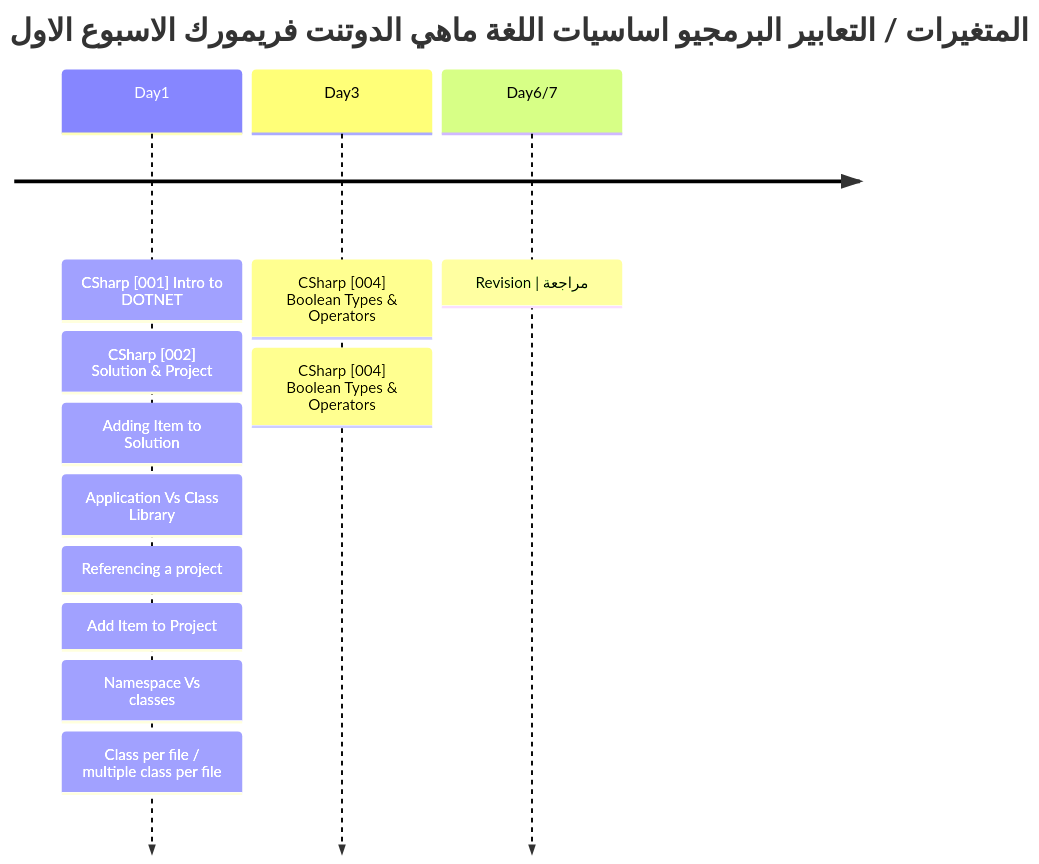
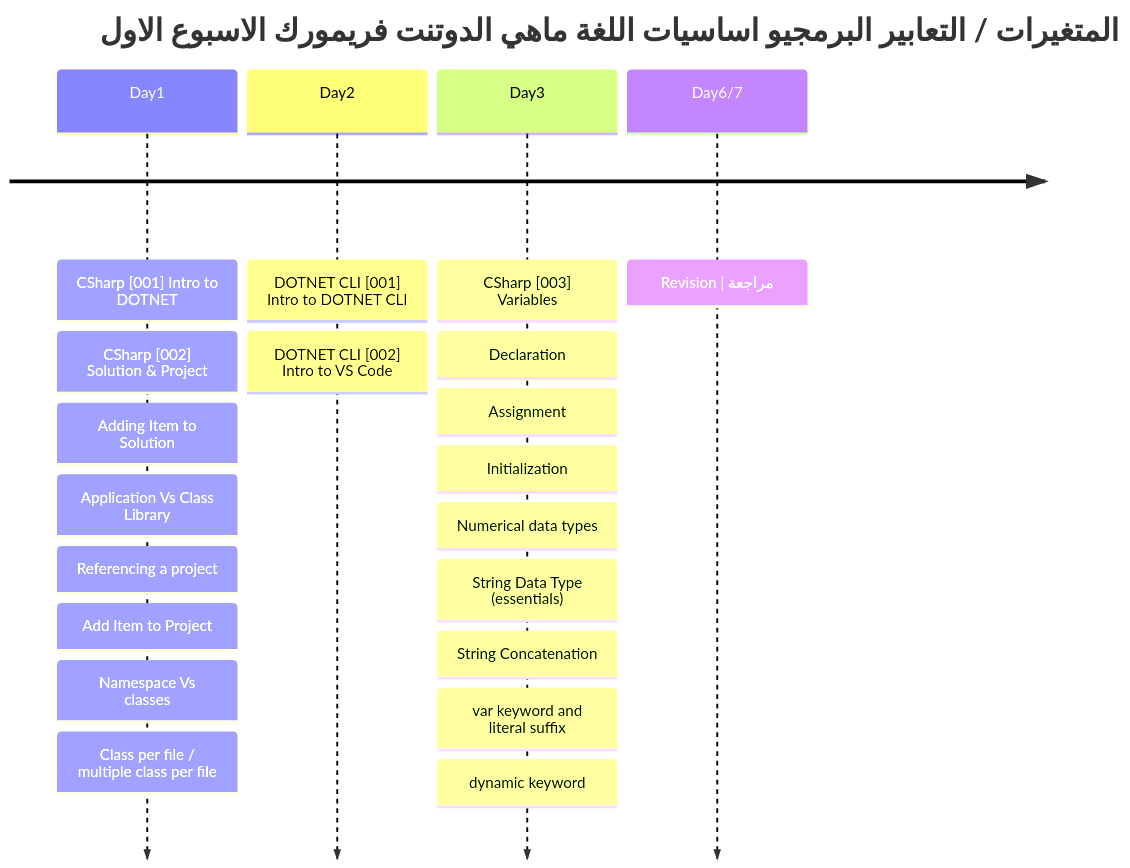
Before and after one commit to metigator/Roadmap: the first of 3 diagrams in README.md, drawn with Mermaid.

````diff
--- a/README.md
+++ b/README.md
@@ -1,15 +1,24 @@
 ```mermaid
 timeline
     title  المتغيرات / التعابير البرمجيو اساسيات اللغة ماهي الدوتنت فريمورك  الاسبوع الاول
     Day1 : CSharp [001] Intro to DOTNET
          : CSharp [002] Solution & Project
          : Adding Item to Solution
          : Application Vs Class Library
          : Referencing a project
          : Add Item to Project
          : Namespace Vs classes
-         : Class per file / multiple class per file
-    Day3 : CSharp [004] Boolean Types & Operators
-         : CSharp [004] Boolean Types & Operators
+         : Class per file / multiple class per file 
+    Day2 : DOTNET CLI [001] Intro to DOTNET CLI
+         : DOTNET CLI [002] Intro to VS Code
+    Day3 : CSharp [003] Variables 
+         : Declaration
+         : Assignment
+         : Initialization
+         : Numerical data types
+         : String Data Type (essentials)
+         : String Concatenation
+         : var keyword and literal suffix
+         : dynamic keyword
   Day6/7 : Revision | مراجعة 
 ```
````
